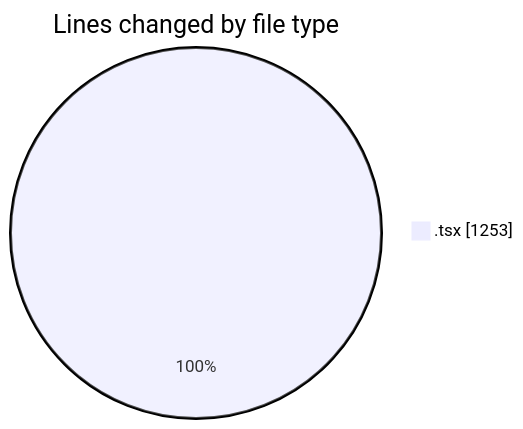
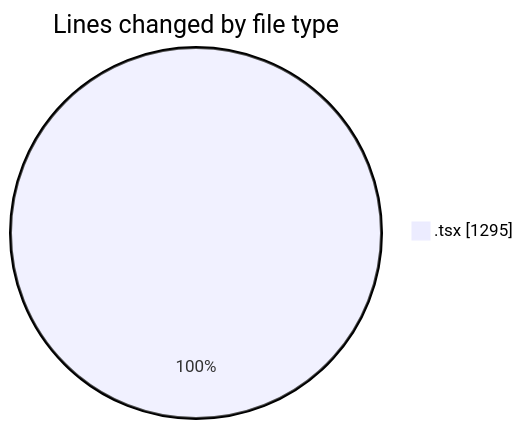
One commit to momahboobian/code-tracking changed the first of 2 diagrams in 2025-09-30/cda/README.md. Above: the diagram before and after it, drawn with Mermaid. The commit also changed other lines of this file and 1 other file, not shown here.

````diff
--- a/2025-09-30/cda/README.md
+++ b/2025-09-30/cda/README.md
@@ -21,5 +21,5 @@
 ```mermaid
 pie showData
 title Lines changed by file type
-".tsx" : 1253
+".tsx" : 1295
 ```
````
